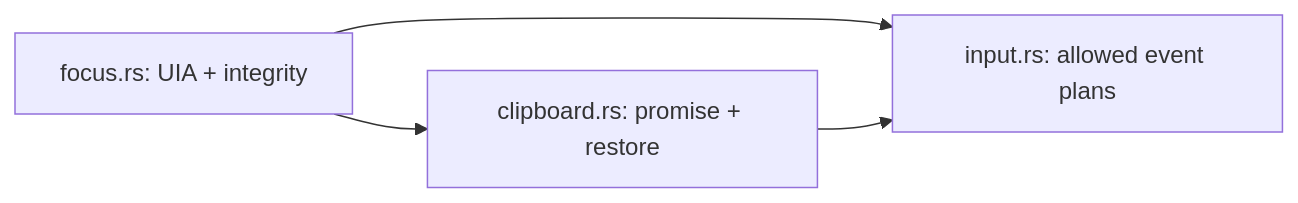
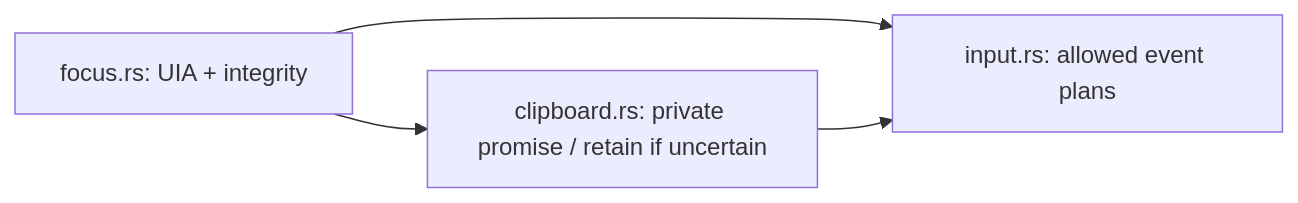
Before and after one commit to Harwasch/voiceremote: the diagram in SW/desktop/crates/inject-windows/src/native/README.md, drawn with Mermaid. The commit also changed other lines of this file and 27 other files, not shown here.

````diff
--- a/SW/desktop/crates/inject-windows/src/native/README.md
+++ b/SW/desktop/crates/inject-windows/src/native/README.md
@@ -1,6 +1,6 @@
 ```mermaid
 flowchart LR
-    Focus[focus.rs: UIA + integrity] --> Clipboard[clipboard.rs: promise + restore]
+    Focus[focus.rs: UIA + integrity] --> Clipboard[clipboard.rs: private promise / retain if uncertain]
     Focus --> Input[input.rs: allowed event plans]
     Clipboard --> Input
 ```
````
